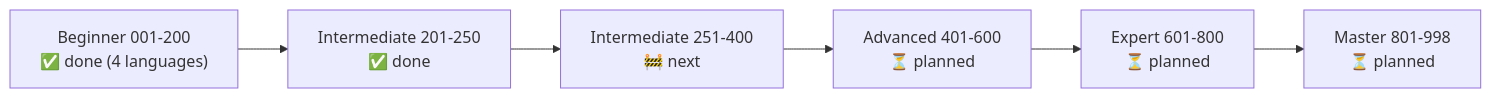
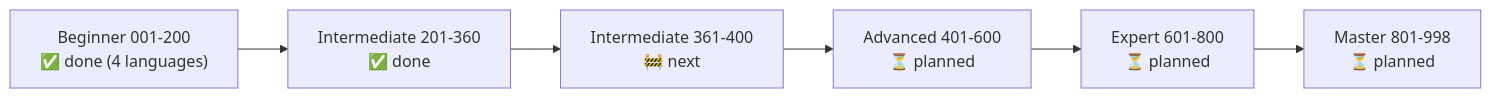
Before and after one commit to metodiev/Cracking-Coding: the sixth of 6 diagrams in tutorials/README.md, drawn with Mermaid. The commit also changed other lines of this file and 166 other files, not shown here.

````diff
--- a/tutorials/README.md
+++ b/tutorials/README.md
@@ -155,8 +157,8 @@
 ```mermaid
 flowchart LR
-    B1["Beginner 001-200<br/>✅ done (4 languages)"] --> I1["Intermediate 201-250<br/>✅ done"]
-    I1 --> I2["Intermediate 251-400<br/>🚧 next"]
+    B1["Beginner 001-200<br/>✅ done (4 languages)"] --> I1["Intermediate 201-360<br/>✅ done"]
+    I1 --> I2["Intermediate 361-400<br/>🚧 next"]
     I2 --> A["Advanced 401-600<br/>⏳ planned"]
     A --> E["Expert 601-800<br/>⏳ planned"]
     E --> M["Master 801-998<br/>⏳ planned"]
 ```
````
